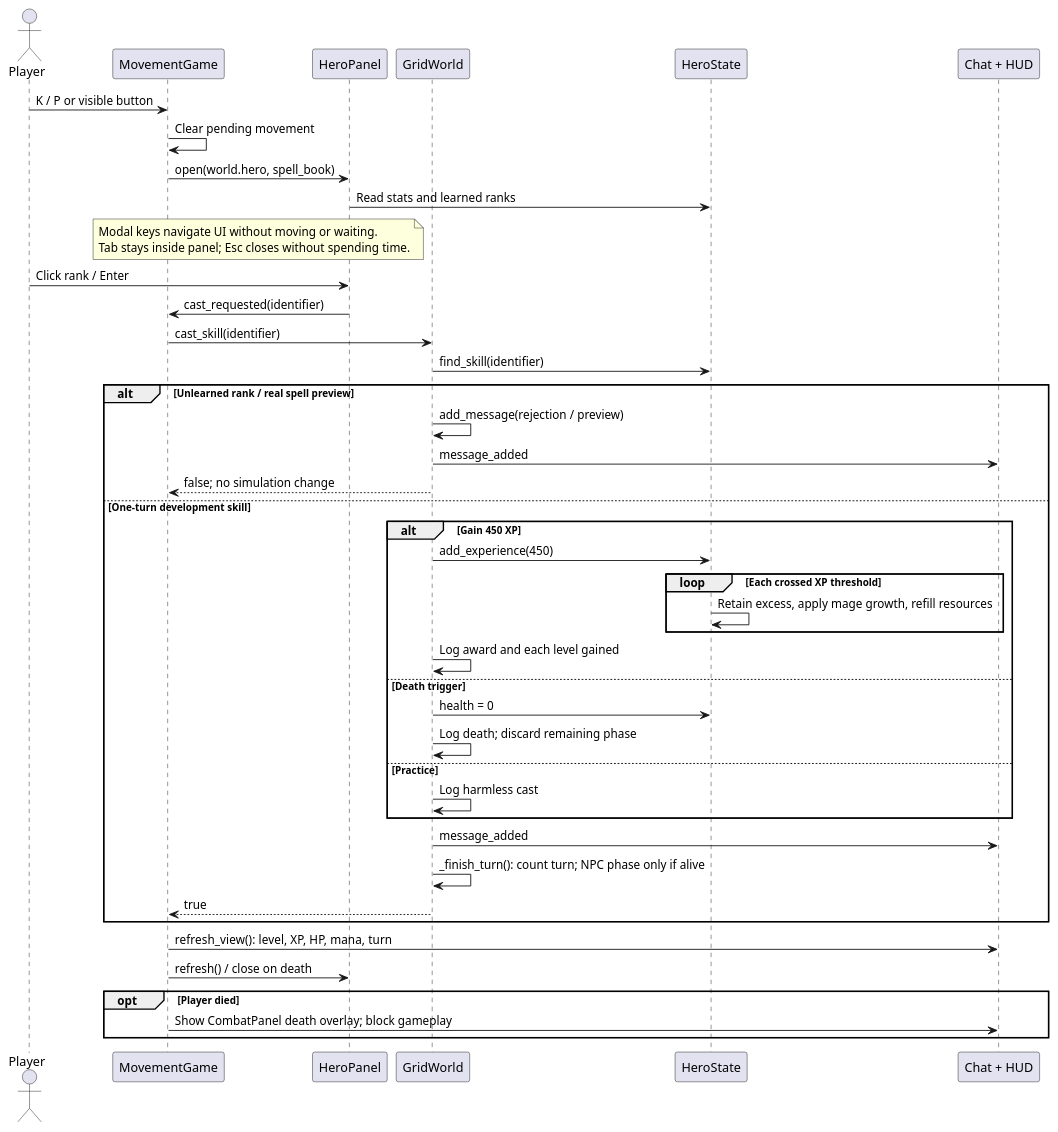
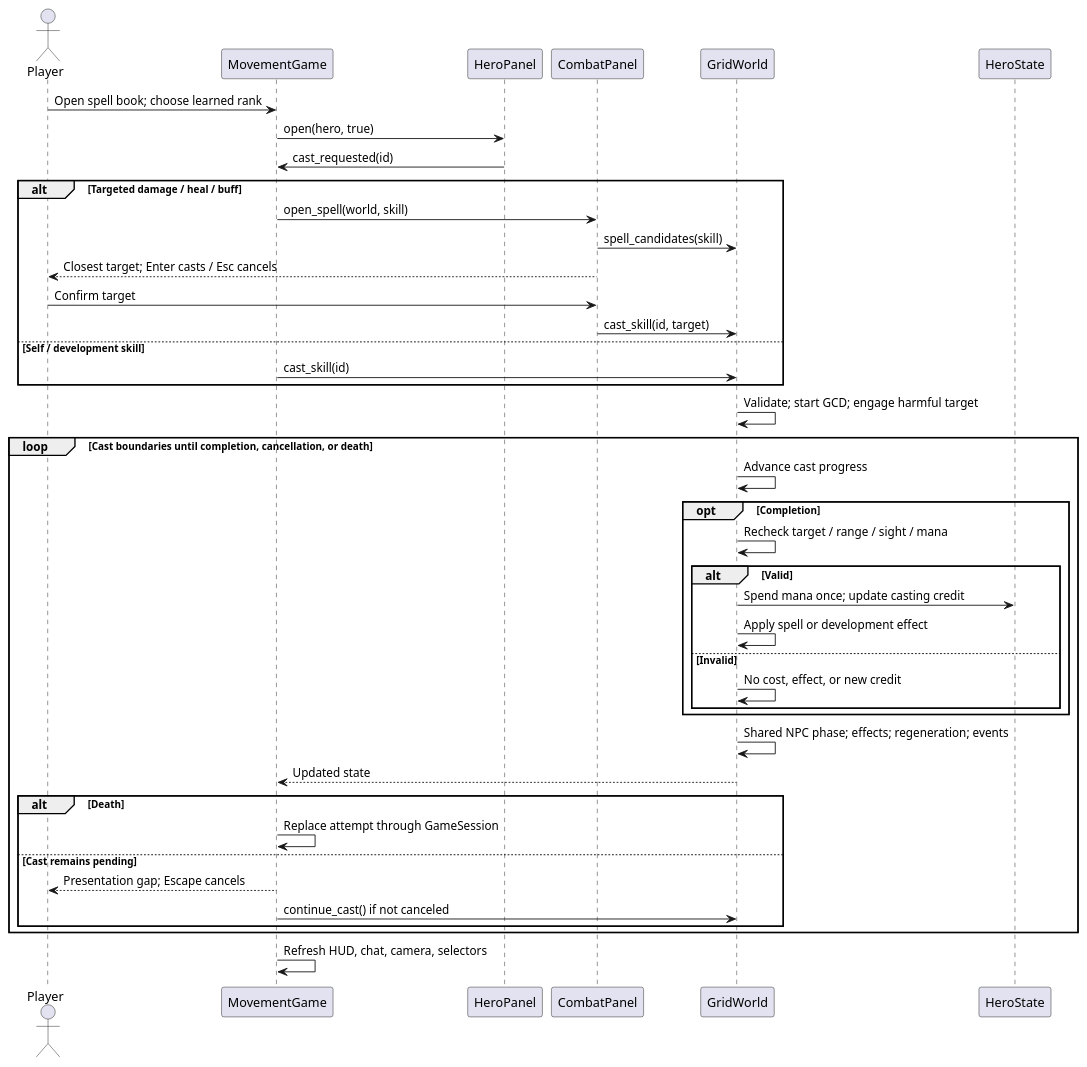
One commit to VHonzik/Ostinato changed the diagram in docs/architecture/sequences/hero_skill.puml. Above: the diagram before and after it, drawn with PlantUML. The commit also changed 42 other files, not shown here.

```diff
--- a/docs/architecture/sequences/hero_skill.puml
+++ b/docs/architecture/sequences/hero_skill.puml
@@ -1,49 +1,44 @@
 @startuml
 !pragma layout smetana
 skinparam shadowing false
 actor Player
 participant MovementGame as Game
-participant HeroPanel as Panel
+participant HeroPanel as Book
+participant CombatPanel as Targeting
 participant GridWorld as World
 participant HeroState as Hero
-participant "Chat + HUD" as View
-
-Player -> Game : K / P or visible button
-Game -> Game : Clear pending movement
-Game -> Panel : open(world.hero, spell_book)
-Panel -> Hero : Read stats and learned ranks
-note over Game, Panel
-Modal keys navigate UI without moving or waiting.
-Tab stays inside panel; Esc closes without spending time.
-end note
-Player -> Panel : Click rank / Enter
-Panel -> Game : cast_requested(identifier)
-Game -> World : cast_skill(identifier)
-World -> Hero : find_skill(identifier)
-alt Unlearned rank / real spell preview
-  World -> World : add_message(rejection / preview)
-  World -> View : message_added
-  World --> Game : false; no simulation change
-else One-turn development skill
-  alt Gain 450 XP
-    World -> Hero : add_experience(450)
-    loop Each crossed XP threshold
-      Hero -> Hero : Retain excess, apply mage growth, refill resources
+Player -> Game : Open spell book; choose learned rank
+Game -> Book : open(hero, true)
+Book -> Game : cast_requested(id)
+alt Targeted damage / heal / buff
+  Game -> Targeting : open_spell(world, skill)
+  Targeting -> World : spell_candidates(skill)
+  Targeting --> Player : Closest target; Enter casts / Esc cancels
+  Player -> Targeting : Confirm target
+  Targeting -> World : cast_skill(id, target)
+else Self / development skill
+  Game -> World : cast_skill(id)
+end
+World -> World : Validate; start GCD; engage harmful target
+loop Cast boundaries until completion, cancellation, or death
+  World -> World : Advance cast progress
+  opt Completion
+    World -> World : Recheck target / range / sight / mana
+    alt Valid
+      World -> Hero : Spend mana once; update casting credit
+      World -> World : Apply spell or development effect
+    else Invalid
+      World -> World : No cost, effect, or new credit
     end
-    World -> World : Log award and each level gained
-  else Death trigger
-    World -> Hero : health = 0
-    World -> World : Log death; discard remaining phase
-  else Practice
-    World -> World : Log harmless cast
   end
-  World -> View : message_added
-  World -> World : _finish_turn(): count turn; NPC phase only if alive
-  World --> Game : true
+  World -> World : Shared NPC phase; effects; regeneration; events
+  World --> Game : Updated state
+  alt Death
+    Game -> Game : Replace attempt through GameSession
+  else Cast remains pending
+    Game --> Player : Presentation gap; Escape cancels
+    Game -> World : continue_cast() if not canceled
+  end
 end
-Game -> View : refresh_view(): level, XP, HP, mana, turn
-Game -> Panel : refresh() / close on death
-opt Player died
-  Game -> View : Show CombatPanel death overlay; block gameplay
-end
+Game -> Game : Refresh HUD, chat, camera, selectors
 @enduml
```
